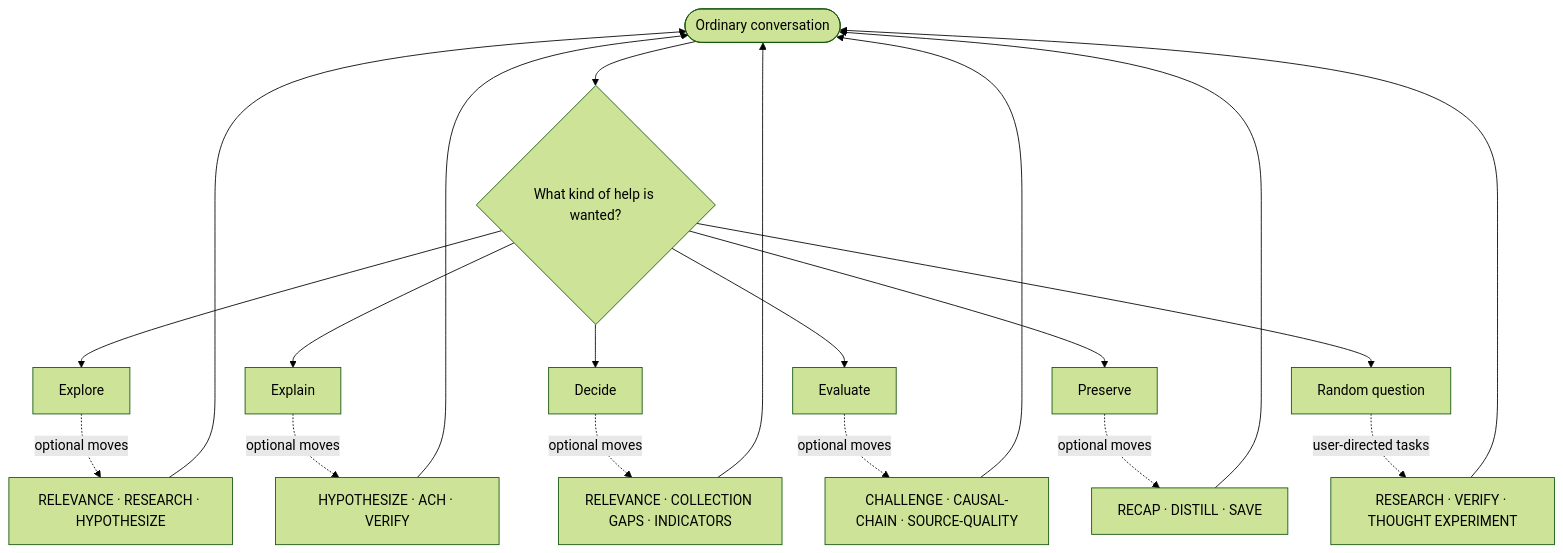
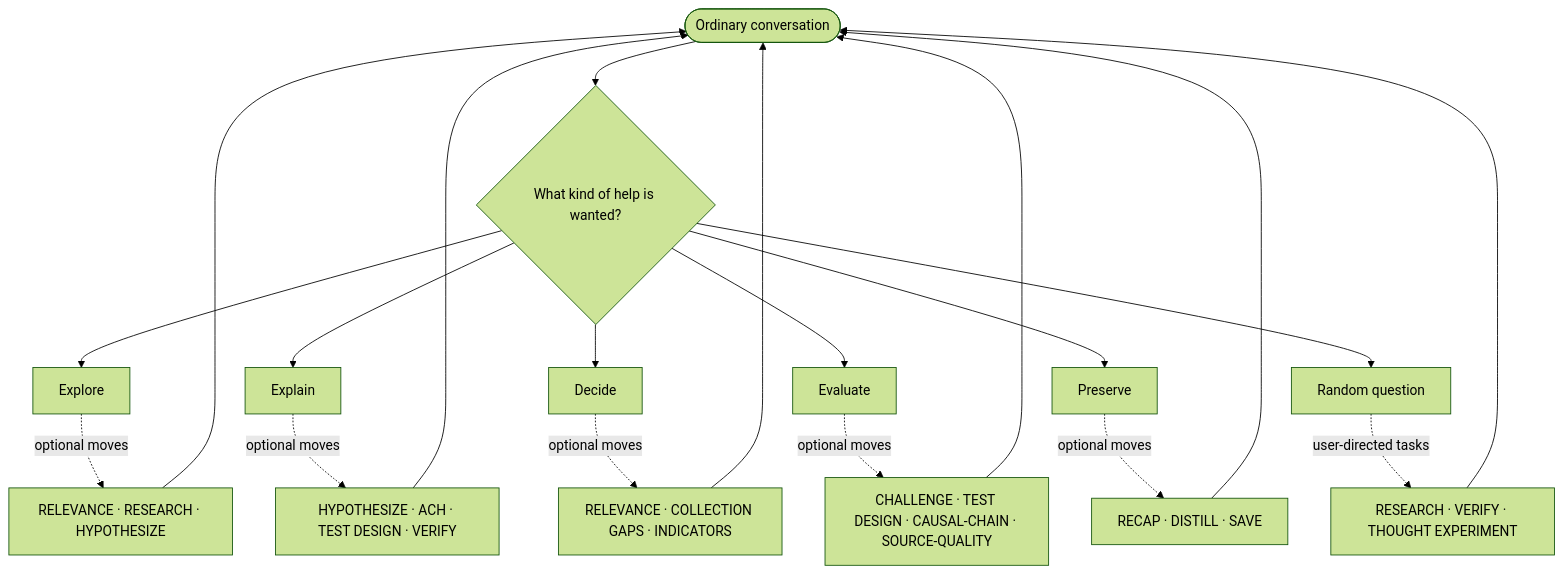
One commit to FahrtAI/dialectical changed the first of 3 diagrams in docs/flows.md. Above: the diagram before and after it, drawn with Mermaid (forest theme). The commit also changed other lines of this file and 44 other files, not shown here.

Commit message:
Add actionable test design skill

````diff
--- a/docs/flows.md
+++ b/docs/flows.md
@@ -32,22 +32,22 @@
 ```mermaid
 flowchart TD
     C([Ordinary conversation]) --> Q{What kind of help is wanted?}
     Q --> E[Explore]
     Q --> X[Explain]
     Q --> D[Decide]
     Q --> V[Evaluate]
     Q --> P[Preserve]
     Q --> R[Random question]
     E -. optional moves .-> E1[RELEVANCE · RESEARCH · HYPOTHESIZE]
-    X -. optional moves .-> X1[HYPOTHESIZE · ACH · VERIFY]
+    X -. optional moves .-> X1[HYPOTHESIZE · ACH · TEST DESIGN · VERIFY]
     D -. optional moves .-> D1[RELEVANCE · COLLECTION GAPS · INDICATORS]
-    V -. optional moves .-> V1[CHALLENGE · CAUSAL-CHAIN · SOURCE-QUALITY]
+    V -. optional moves .-> V1[CHALLENGE · TEST DESIGN · CAUSAL-CHAIN · SOURCE-QUALITY]
     P -. optional moves .-> P1[RECAP · DISTILL · SAVE]
     R -. user-directed tasks .-> R1[RESEARCH · VERIFY · THOUGHT EXPERIMENT]
     E1 --> C
     X1 --> C
     D1 --> C
     V1 --> C
     P1 --> C
     R1 --> C
 ```
````
